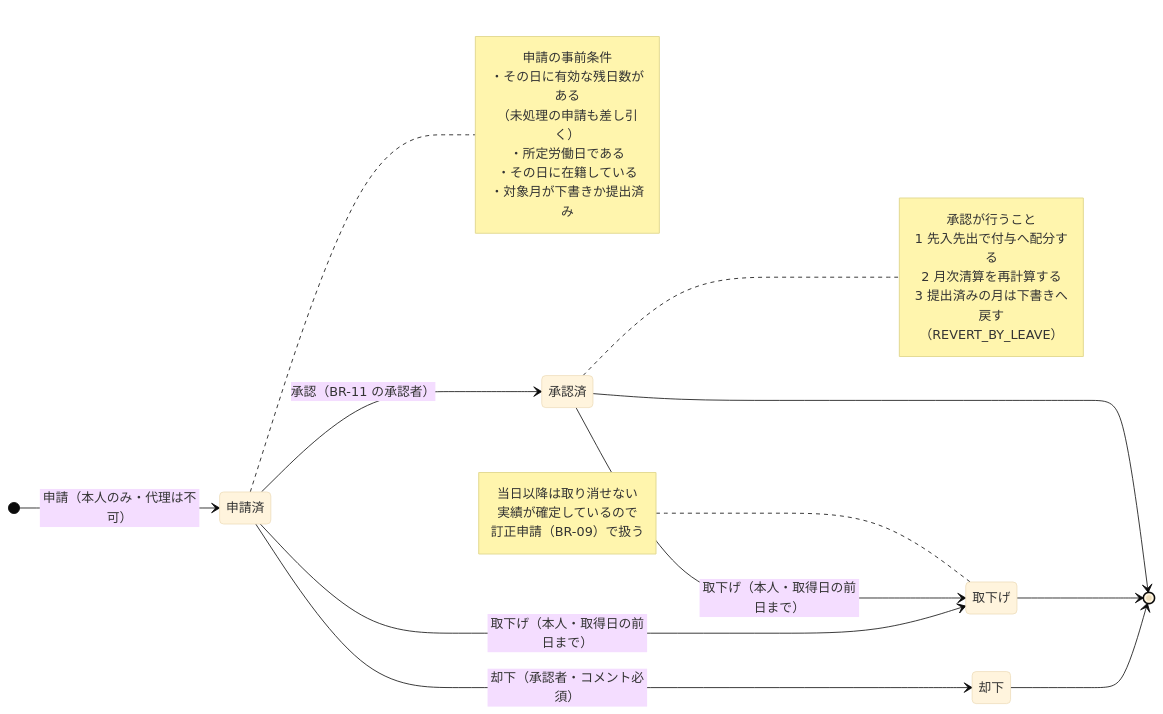
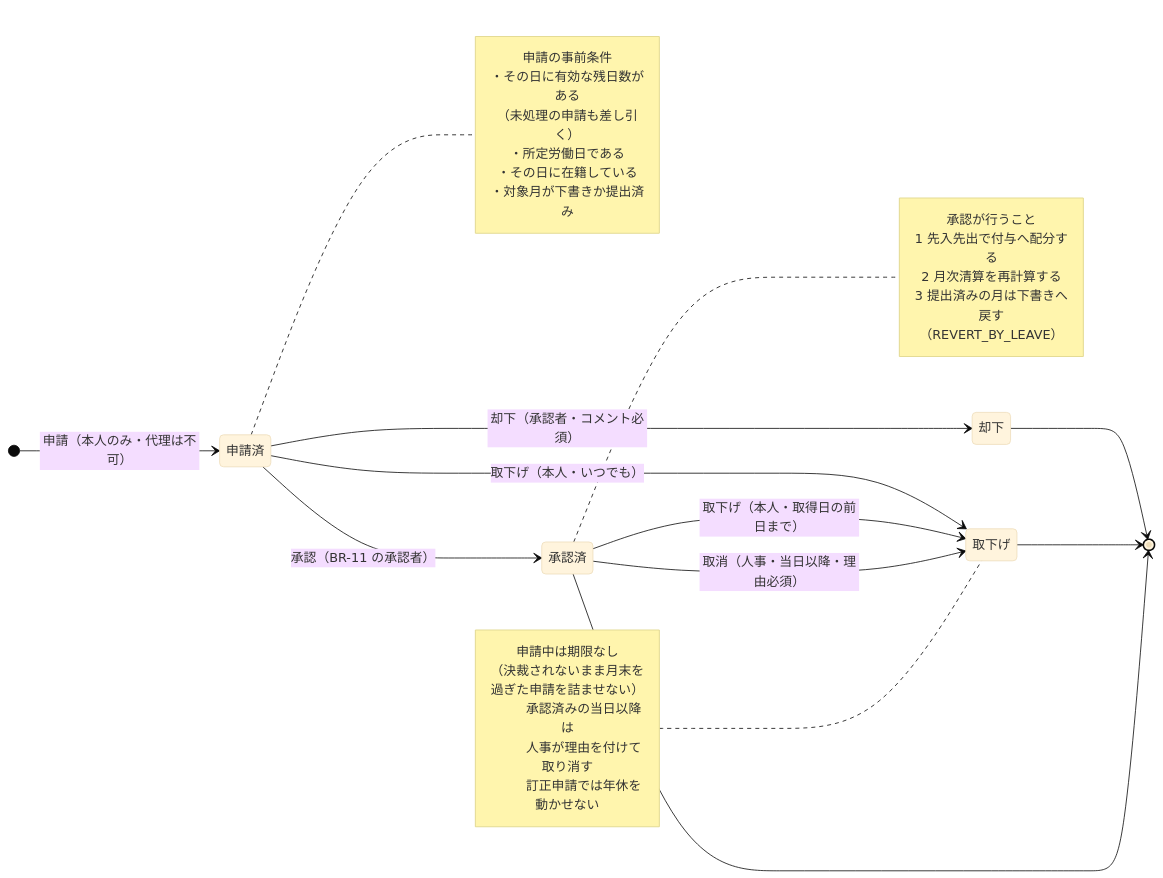
One commit to masaki-i02/newJavaProject changed the diagram in doc/02_詳細設計/06_年次有給休暇/diagrams/申請の状態遷移.mmd. Above: the diagram before and after it, drawn with Mermaid (base theme). The commit also changed 16 other files, not shown here.

```diff
--- a/doc/02_詳細設計/06_年次有給休暇/diagrams/申請の状態遷移.mmd
+++ b/doc/02_詳細設計/06_年次有給休暇/diagrams/申請の状態遷移.mmd
@@ -1,35 +1,40 @@
 stateDiagram-v2
     direction LR
     [*] --> 申請済 : 申請（本人のみ・代理は不可）
 
     申請済 --> 承認済 : 承認（BR-11 の承認者）
     申請済 --> 却下 : 却下（承認者・コメント必須）
-    申請済 --> 取下げ : 取下げ（本人・取得日の前日まで）
+    申請済 --> 取下げ : 取下げ（本人・いつでも）
     承認済 --> 取下げ : 取下げ（本人・取得日の前日まで）
+    承認済 --> 取下げ : 取消（人事・当日以降・理由必須）
 
     却下 --> [*]
     取下げ --> [*]
     承認済 --> [*]
 
     note right of 申請済
         申請の事前条件
         ・その日に有効な残日数がある
           （未処理の申請も差し引く）
         ・所定労働日である
         ・その日に在籍している
         ・対象月が下書きか提出済み
     end note
 
     note right of 承認済
         承認が行うこと
         1 先入先出で付与へ配分する
         2 月次清算を再計算する
         3 提出済みの月は下書きへ戻す
           （REVERT_BY_LEAVE）
     end note
 
     note left of 取下げ
-        当日以降は取り消せない
-        実績が確定しているので
-        訂正申請（BR-09）で扱う
+        申請中は期限なし
+        （決裁されないまま月末を
+        過ぎた申請を詰ませない）
+
+        承認済みの当日以降は
+        人事が理由を付けて取り消す
+        訂正申請では年休を動かせない
     end note
```
